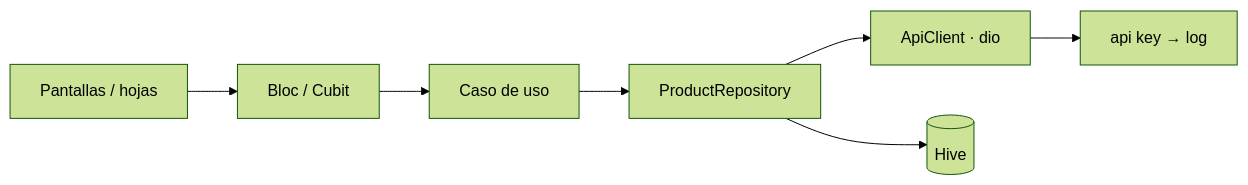
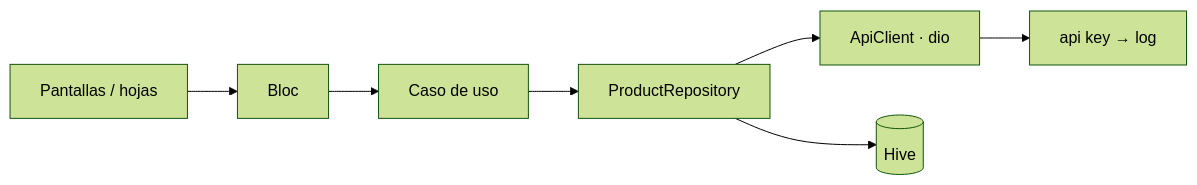
The diagram in README.md (LeoMogiano/bancosol-flutter-challenge), drawn with Mermaid (forest theme) before and after one commit. The commit also changed other lines of this file and 1 other file, not shown here.

Commit message:
docs: Describe bloc-first state management

````diff
--- a/README.md
+++ b/README.md
@@ -73,9 +73,9 @@
 ```mermaid
 flowchart LR
-  UI[Pantallas / hojas] --> B[Bloc / Cubit]
+  UI[Pantallas / hojas] --> B[Bloc]
   B --> UC[Caso de uso]
   UC --> R[ProductRepository]
   R --> API[ApiClient · dio]
   R --> H[(Hive)]
   API --> I[api key → log]
 ```
````
